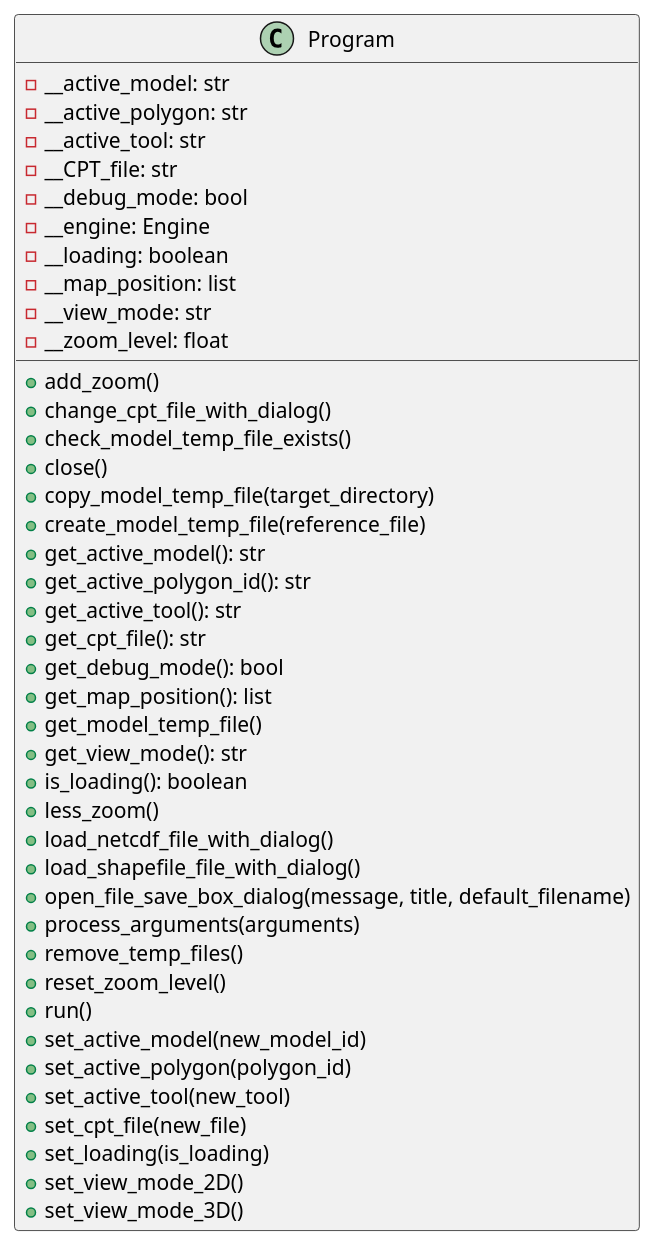
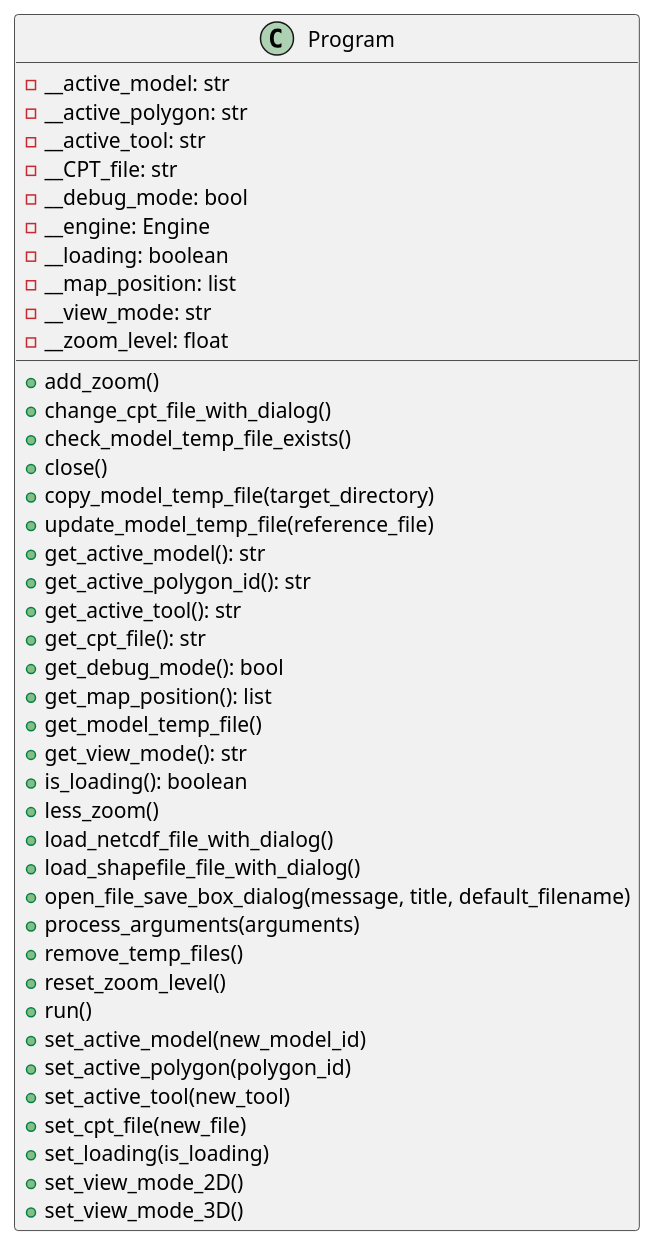
The diagram in docs/classes/Program.puml (ferpoble2/Relief_Creator), drawn with PlantUML before and after one commit.

```diff
--- a/docs/classes/Program.puml
+++ b/docs/classes/Program.puml
@@ -1,45 +1,45 @@
 @startuml
 class Program {
     - __active_model: str
     - __active_polygon: str
     - __active_tool: str
     - __CPT_file: str
     - __debug_mode: bool
     - __engine: Engine
     - __loading: boolean
     - __map_position: list
     - __view_mode: str
     - __zoom_level: float
 
     + add_zoom()
     + change_cpt_file_with_dialog()
     + check_model_temp_file_exists()
     + close()
     + copy_model_temp_file(target_directory)
-    + create_model_temp_file(reference_file)
+    + update_model_temp_file(reference_file)
     + get_active_model(): str
     + get_active_polygon_id(): str
     + get_active_tool(): str
     + get_cpt_file(): str
     + get_debug_mode(): bool
     + get_map_position(): list
     + get_model_temp_file()
     + get_view_mode(): str
     + is_loading(): boolean
     + less_zoom()
     + load_netcdf_file_with_dialog()
     + load_shapefile_file_with_dialog()
     + open_file_save_box_dialog(message, title, default_filename)
     + process_arguments(arguments)
     + remove_temp_files()
     + reset_zoom_level()
     + run()
     + set_active_model(new_model_id)
     + set_active_polygon(polygon_id)
     + set_active_tool(new_tool)
     + set_cpt_file(new_file)
     + set_loading(is_loading)
     + set_view_mode_2D()
     + set_view_mode_3D()
 }
 @enduml
```
